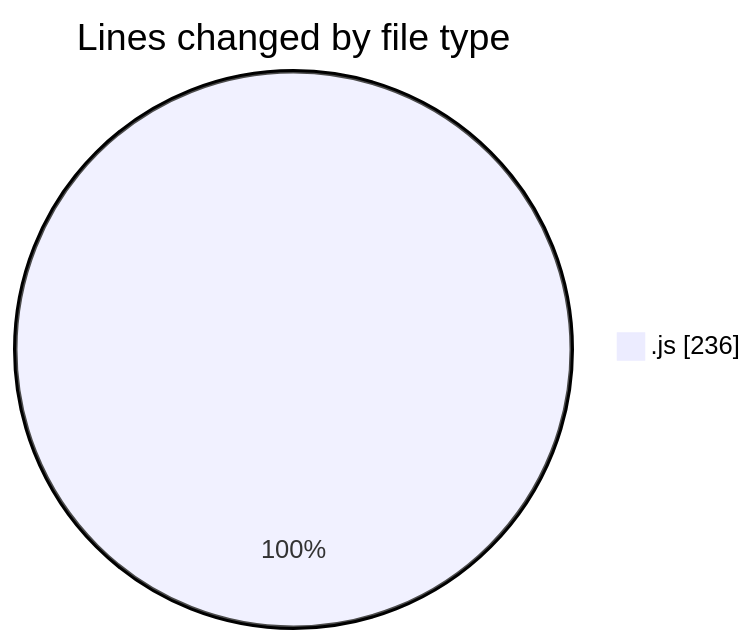
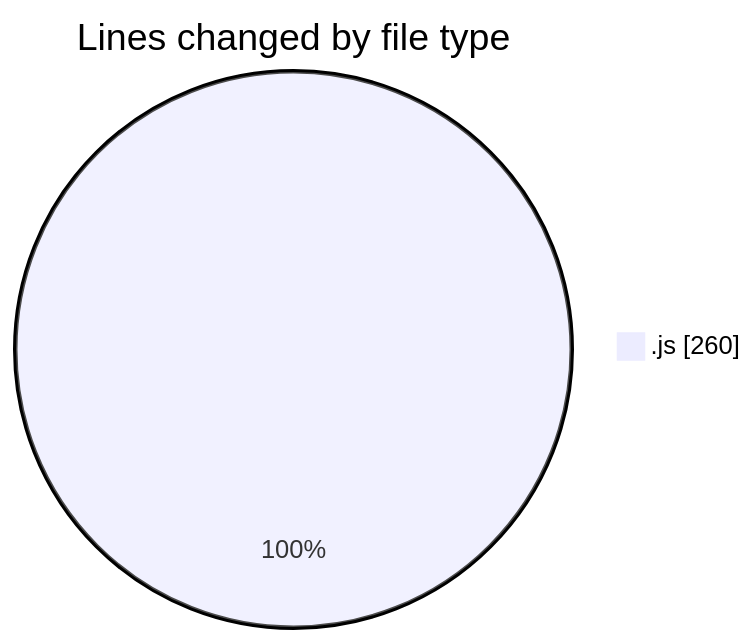
Before and after one commit to charlie-sans/code-tracking: the first of 2 diagrams in 2025-04-24/masm/README.md, drawn with Mermaid. The commit also changed other lines of this file and 1 other file, not shown here.

````diff
--- a/2025-04-24/masm/README.md
+++ b/2025-04-24/masm/README.md
@@ -21,5 +21,5 @@
 ```mermaid
 pie showData
 title Lines changed by file type
-".js" : 236
+".js" : 260
 ```
````
